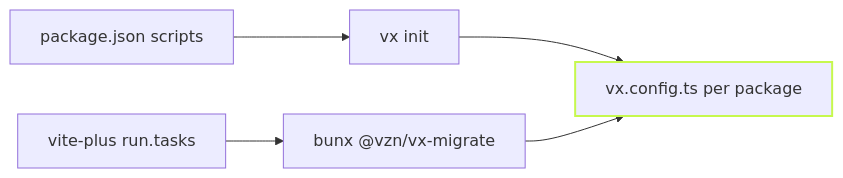
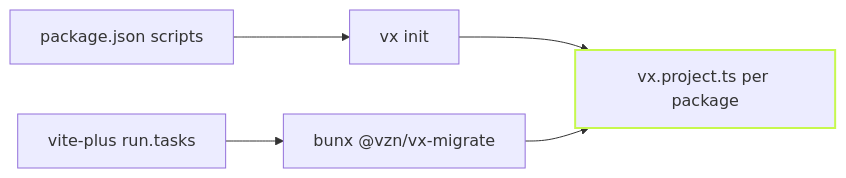
One commit to vznjs/vx changed the diagram in packages/vx-docs/src/content/docs/blog/from-scripts-and-vite-task.md. Above: the diagram before and after it, drawn with Mermaid. The commit also changed other lines of this file and 454 other files, not shown here.

First line of the commit message:
refactor!: rename vx.config.* to vx.project.*, vx-lock.json to vx.lock.json

````diff
--- a/packages/vx-docs/src/content/docs/blog/from-scripts-and-vite-task.md
+++ b/packages/vx-docs/src/content/docs/blog/from-scripts-and-vite-task.md
@@ -16,8 +16,8 @@
 ```mermaid
 flowchart LR
   S[package.json scripts] --> I[vx init]
   V[vite-plus run.tasks] --> M[bunx @vzn/vx-migrate]
-  I --> C[vx.config.ts per package]
+  I --> C[vx.project.ts per package]
   M --> C
   style C stroke:#c6f84e,stroke-width:2px
 ```
````
